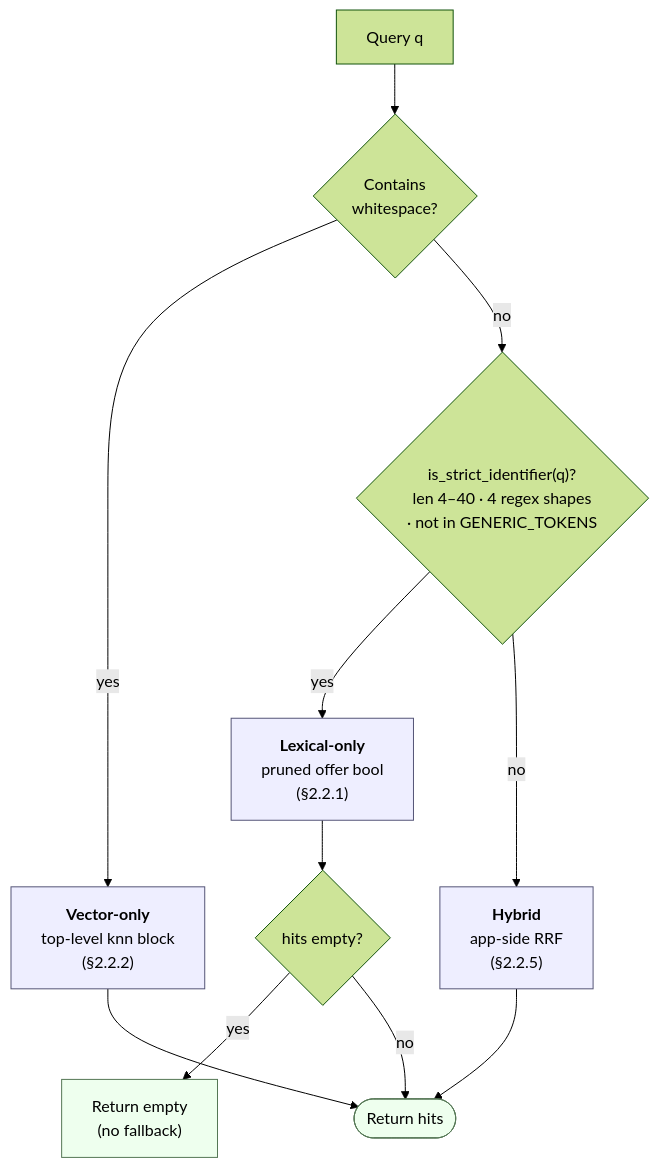
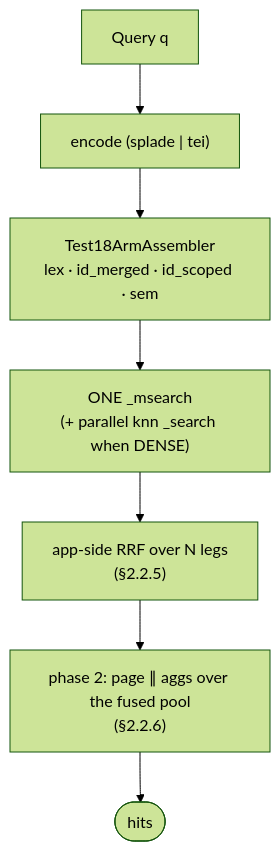
One commit to mxgr7/simplesystem-embedding changed the first of 6 diagrams in FT_ELASTIC_IMPORT.md. Above: the diagram before and after it, drawn with Mermaid (forest theme). The commit also changed other lines of this file, not shown here.

First line of the commit message:
FT_ELASTIC_IMPORT SS2.2: the router is retired -- SS2.2.3 now specifies the arm union (MXG-150)

````diff
--- a/FT_ELASTIC_IMPORT.md
+++ b/FT_ELASTIC_IMPORT.md
@@ -927,18 +947,9 @@
 ```mermaid
 flowchart TD
-    Q["Query q"] --> WS{"Contains<br/>whitespace?"}
-    WS -- yes --> VEC["<b>Vector-only</b><br/>top-level knn block<br/>(§2.2.2)"]
-    WS -- no --> SI{"is_strict_identifier(q)?<br/>len 4–40 · 4 regex shapes<br/>· not in GENERIC_TOKENS"}
-    SI -- yes --> LEX["<b>Lexical-only</b><br/>pruned offer bool<br/>(§2.2.1)"]
-    SI -- no --> HYB["<b>Hybrid</b><br/>app-side RRF<br/>(§2.2.5)"]
-    LEX --> R{"hits empty?"}
-    R -- yes --> EMPTY["Return empty<br/>(no fallback)"]
-    R -- no --> HITS(["Return hits"])
-    VEC --> HITS
-    HYB --> HITS
-
-    classDef path fill:#eef,stroke:#557
-    classDef terminal fill:#efe,stroke:#575
-    class VEC,LEX,HYB path
-    class HITS,EMPTY terminal
+    Q["Query q"] --> ENC["encode (splade | tei)"]
+    ENC --> ASM["Test18ArmAssembler<br/>lex · id_merged · id_scoped · sem"]
+    ASM --> MS["ONE _msearch<br/>(+ parallel knn _search when DENSE)"]
+    MS --> FUSE["app-side RRF over N legs<br/>(§2.2.5)"]
+    FUSE --> P2["phase 2: page ∥ aggs over the fused pool<br/>(§2.2.6)"]
+    P2 --> HITS(["hits"])
 ```
````
